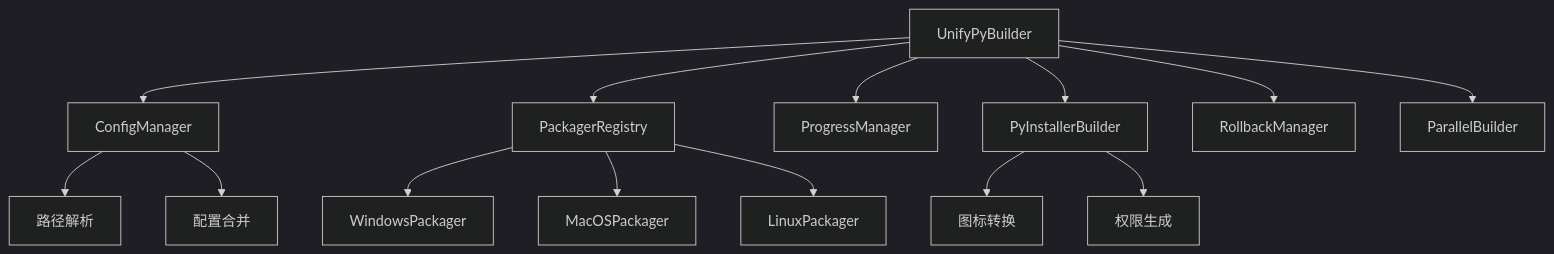
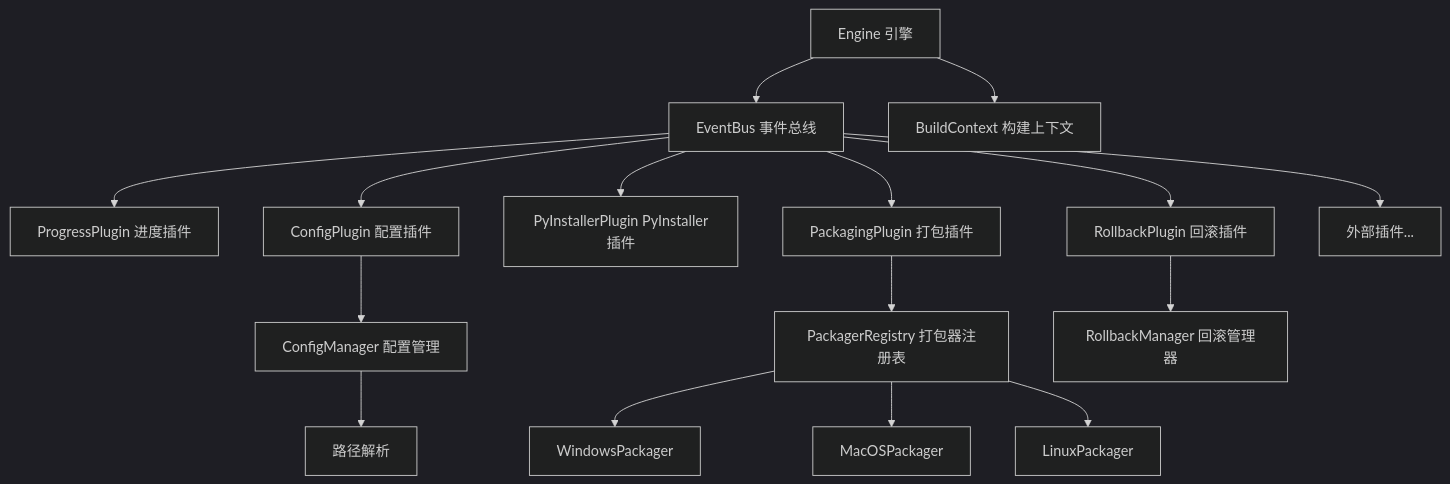
The diagram in README.md (huangjunsen0406/UnifyPy), drawn with Mermaid (dark theme) before and after one commit. The commit also changed other lines of this file and 6 other files, not shown here.

````diff
--- a/README.md
+++ b/README.md
@@ -409,20 +435,22 @@
 ```mermaid
 graph TD
-    A[UnifyPyBuilder] --> B[ConfigManager]
-    A --> C[PackagerRegistry]
-    A --> D[ProgressManager]
-    
-    B --> E[路径解析]
-    B --> F[配置合并]
-    
-    C --> G[WindowsPackager]
-    C --> H[MacOSPackager] 
-    C --> I[LinuxPackager]
-    
-    A --> J[PyInstallerBuilder]
-    J --> K[图标转换]
-    J --> L[权限生成]
-    
-    A --> M[RollbackManager]
-    A --> N[ParallelBuilder]
+    A[Engine 引擎] --> B[EventBus 事件总线]
+    A --> C[BuildContext 构建上下文]
+
+    B --> D[ProgressPlugin 进度插件]
+    B --> E[ConfigPlugin 配置插件]
+    B --> F[PyInstallerPlugin PyInstaller插件]
+    B --> G[PackagingPlugin 打包插件]
+    B --> H[RollbackPlugin 回滚插件]
+    B --> I[外部插件...]
+
+    E --> J[ConfigManager 配置管理]
+    J --> K[路径解析]
+
+    G --> L[PackagerRegistry 打包器注册表]
+    L --> M[WindowsPackager]
+    L --> N[MacOSPackager]
+    L --> O[LinuxPackager]
+
+    H --> P[RollbackManager 回滚管理器]
 ```
````
